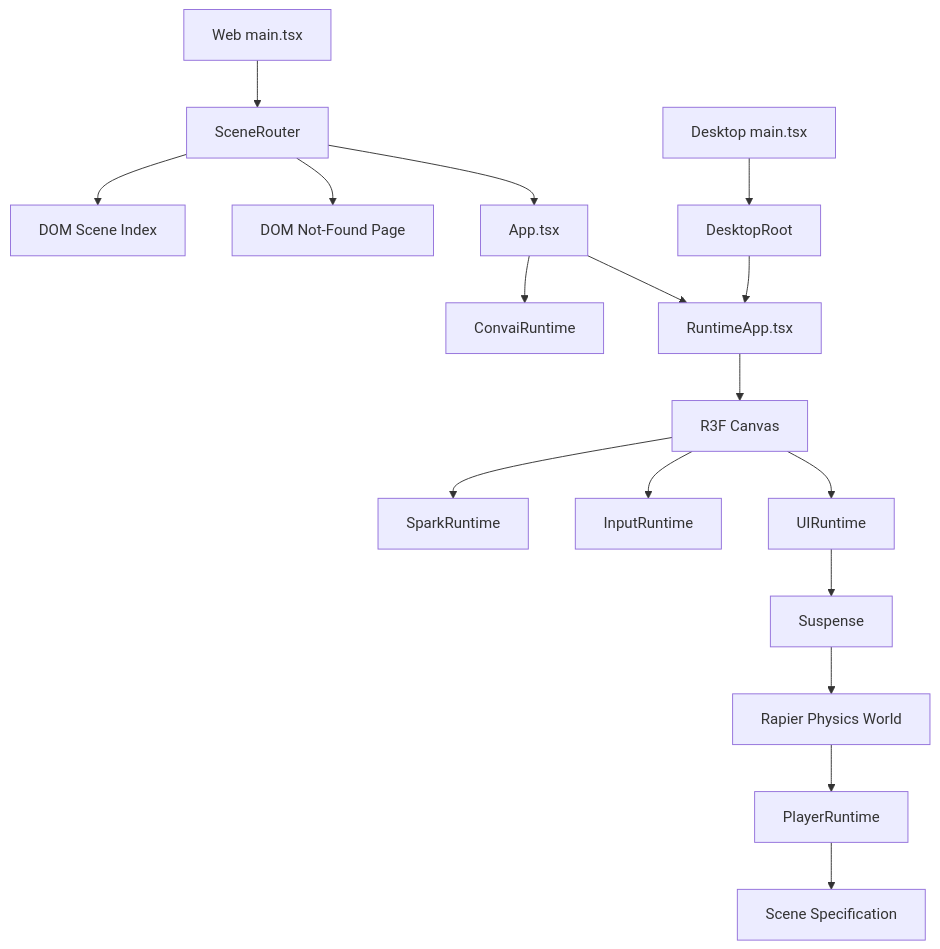
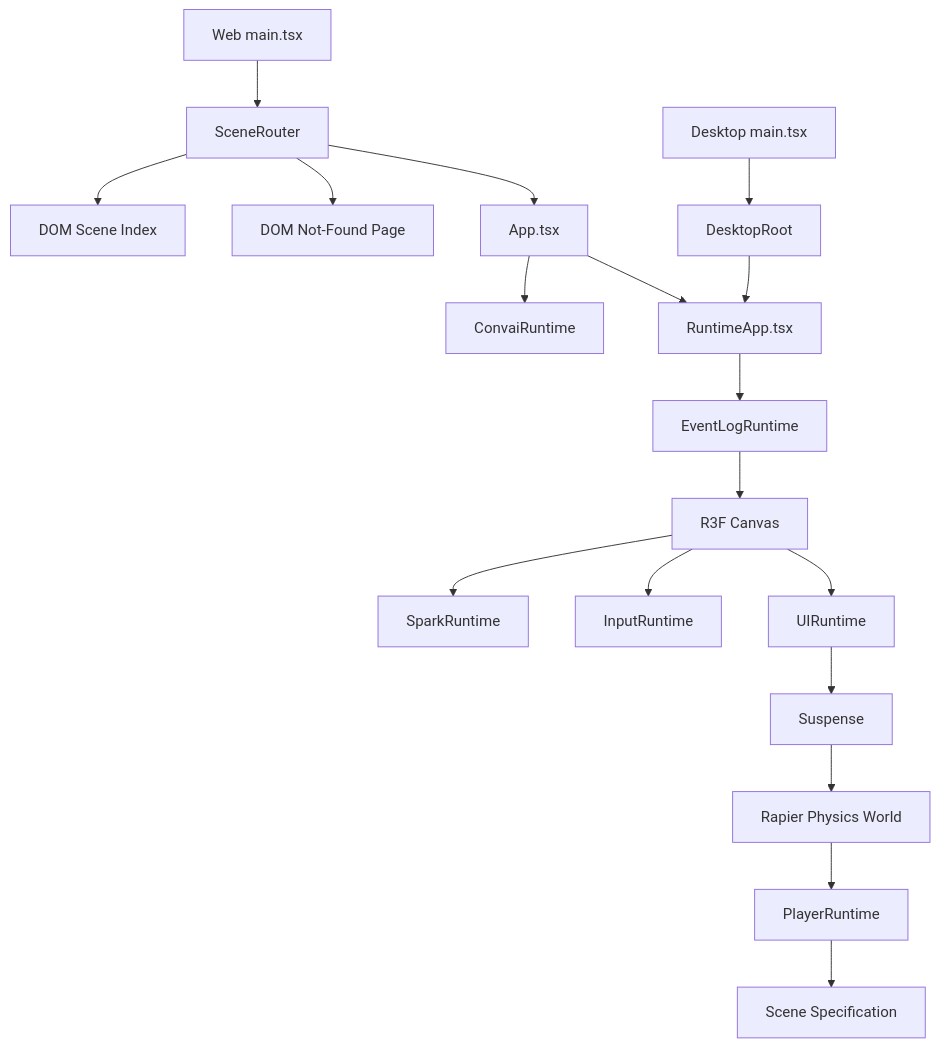
Before and after one commit to isadorapandas/omnipraxis: the first of 9 diagrams in docs/architecture.md, drawn with Mermaid. The commit also changed other lines of this file and 13 other files, not shown here.

````diff
--- a/docs/architecture.md
+++ b/docs/architecture.md
@@ -14,22 +14,23 @@
 ```mermaid
 flowchart TD
   Main[Web main.tsx] --> Router[SceneRouter]
   Router --> Index[DOM Scene Index]
   Router --> NotFound[DOM Not-Found Page]
   Router --> App[App.tsx]
   App --> ConvaiRuntime[ConvaiRuntime]
   App --> RuntimeApp[RuntimeApp.tsx]
 
   DesktopMain[Desktop main.tsx] --> DesktopRoot[DesktopRoot]
   DesktopRoot --> RuntimeApp
-  RuntimeApp --> Canvas[R3F Canvas]
+   RuntimeApp --> EventLogRuntime[EventLogRuntime]
+   EventLogRuntime --> Canvas[R3F Canvas]
 
   Canvas --> SparkRuntime[SparkRuntime]
   Canvas --> InputRuntime[InputRuntime]
   Canvas --> UIRuntime[UIRuntime]
 
   UIRuntime --> Suspense[Suspense]
   Suspense --> Physics[Rapier Physics World]
   Physics --> PlayerRuntime[PlayerRuntime]
   PlayerRuntime --> Scene[Scene Specification]
 ```
````
